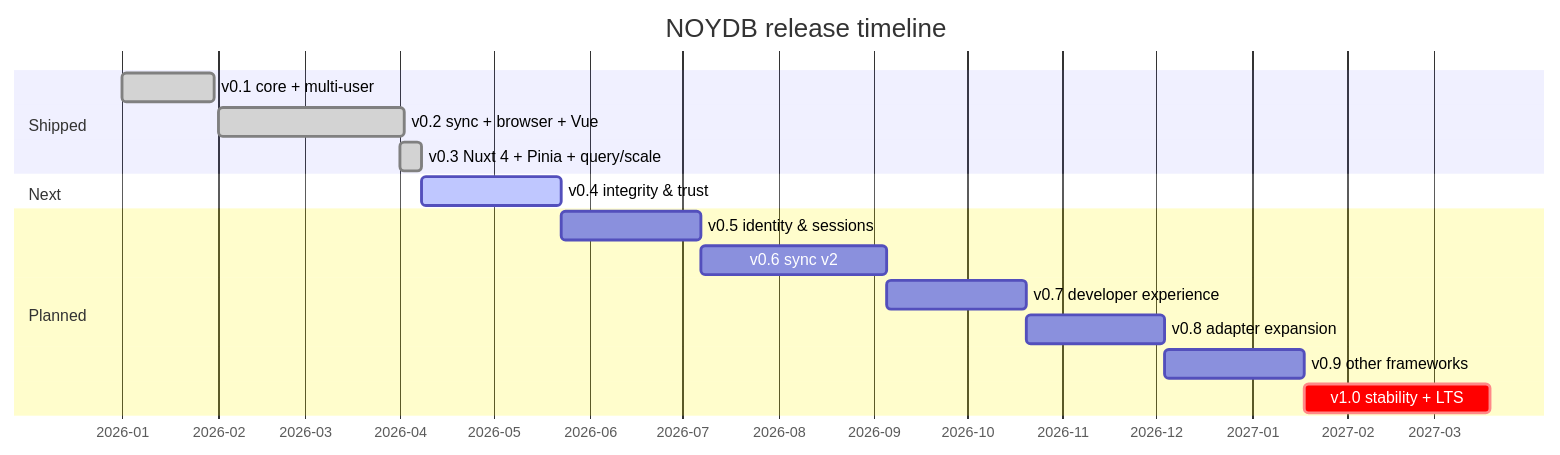
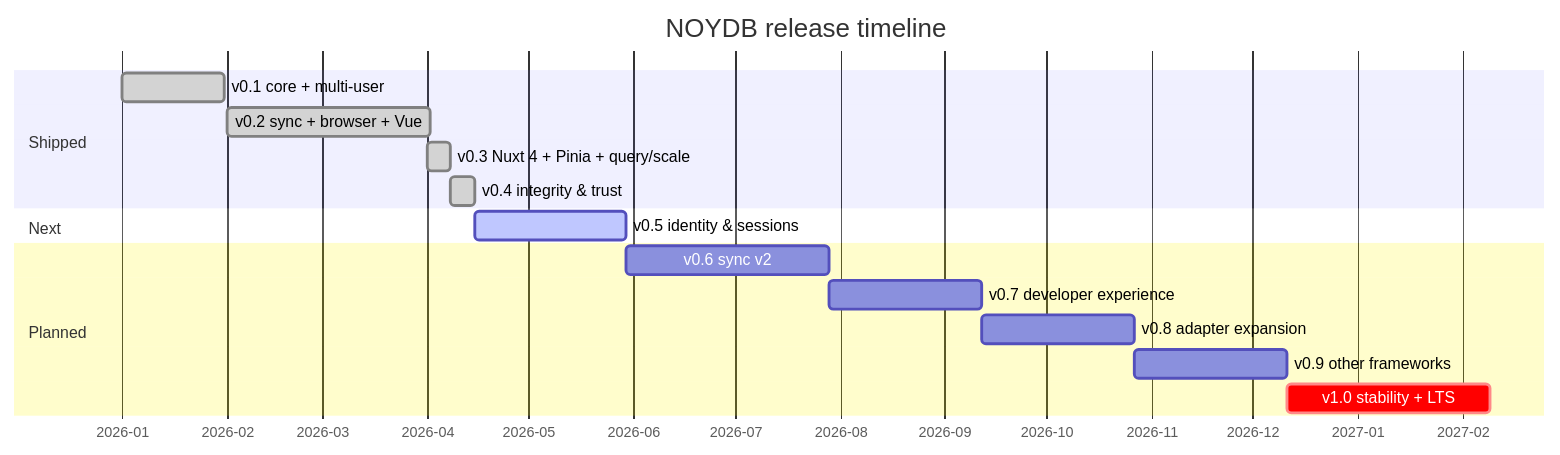
One commit to vLannaAi/noy-db changed the diagram in ROADMAP.md. Above: the diagram before and after it, drawn with Mermaid. The commit also changed other lines of this file and 9 other files, not shown here.

First line of the commit message:
release: v0.4.0 — Integrity & trust

````diff
--- a/ROADMAP.md
+++ b/ROADMAP.md
@@ -39,19 +39,19 @@
 ```mermaid
 gantt
     title NOYDB release timeline
     dateFormat YYYY-MM
     axisFormat %Y-%m
     section Shipped
     v0.1 core + multi-user           :done,    v01, 2026-01, 30d
     v0.2 sync + browser + Vue        :done,    v02, 2026-02, 60d
     v0.3 Nuxt 4 + Pinia + query/scale :done,   v03, 2026-04, 7d
+    v0.4 integrity & trust           :done,    v04, after v03, 7d
     section Next
-    v0.4 integrity & trust           :active,  v04, after v03, 45d
+    v0.5 identity & sessions         :active,  v05, after v04, 45d
     section Planned
-    v0.5 identity & sessions         :         v05, after v04, 45d
     v0.6 sync v2                     :         v06, after v05, 60d
     v0.7 developer experience        :         v07, after v06, 45d
     v0.8 adapter expansion           :         v08, after v07, 45d
     v0.9 other frameworks            :         v09, after v08, 45d
     v1.0 stability + LTS             :crit,    v10, after v09, 60d
 ```
````
